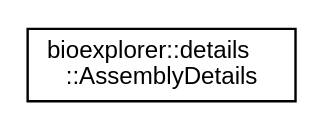
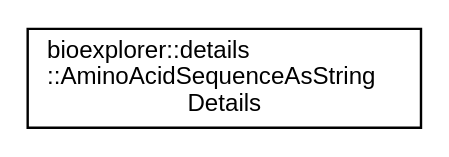
The diagram in docs/inherit_graph_20.dot (BlueBrain/BioExplorer), drawn with Graphviz before and after one commit. The commit also changed 458 other files, not shown here.

```diff
--- a/docs/inherit_graph_20.dot
+++ b/docs/inherit_graph_20.dot
@@ -1,8 +1,8 @@
 digraph "Graphical Class Hierarchy"
 {
  // LATEX_PDF_SIZE
   edge [fontname="Helvetica",fontsize="10",labelfontname="Helvetica",labelfontsize="10"];
   node [fontname="Helvetica",fontsize="10",shape=record];
   rankdir="LR";
-  Node0 [label="bioexplorer::details\l::AssemblyDetails",height=0.2,width=0.4,color="black", fillcolor="white", style="filled",URL="$d1/da5/structbioexplorer_1_1details_1_1AssemblyDetails.html",tooltip="Assembly representation."];
+  Node0 [label="bioexplorer::details\l::AminoAcidSequenceAsString\lDetails",height=0.2,width=0.4,color="black", fillcolor="white", style="filled",URL="$d8/d02/structbioexplorer_1_1details_1_1AminoAcidSequenceAsStringDetails.html",tooltip="Structure defining a selection of amino acids on a protein of an assembly. The selection is defined a..."];
 }
```
